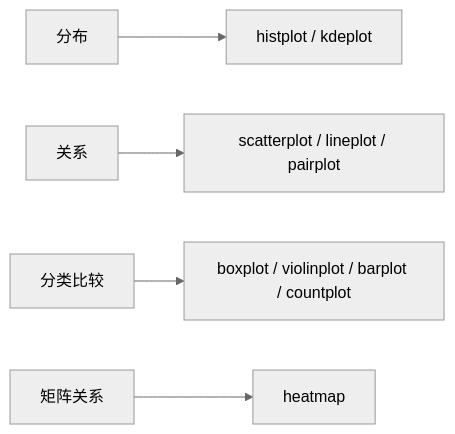
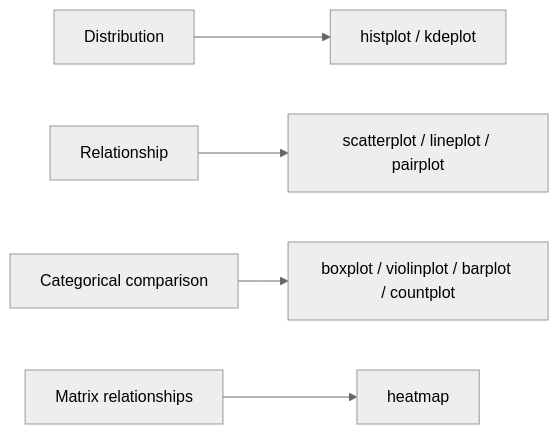
The first of 3 diagrams in docs/ch03-data-analysis/ch04-visualization/02-seaborn.md (oudbiao/AI-fullstack-course), drawn with Mermaid (neutral theme) before and after one commit. The commit also changed other lines of this file and 1406 other files, not shown here.

````diff
--- a/docs/ch03-data-analysis/ch04-visualization/02-seaborn.md
+++ b/docs/ch03-data-analysis/ch04-visualization/02-seaborn.md
@@ -39,7 +39,7 @@
 ```mermaid
 flowchart LR
-    A["分布"] --> B["histplot / kdeplot"]
-    C["关系"] --> D["scatterplot / lineplot / pairplot"]
-    E["分类比较"] --> F["boxplot / violinplot / barplot / countplot"]
-    G["矩阵关系"] --> H["heatmap"]
+    A["Distribution"] --> B["histplot / kdeplot"]
+    C["Relationship"] --> D["scatterplot / lineplot / pairplot"]
+    E["Categorical comparison"] --> F["boxplot / violinplot / barplot / countplot"]
+    G["Matrix relationships"] --> H["heatmap"]
 ```
````
